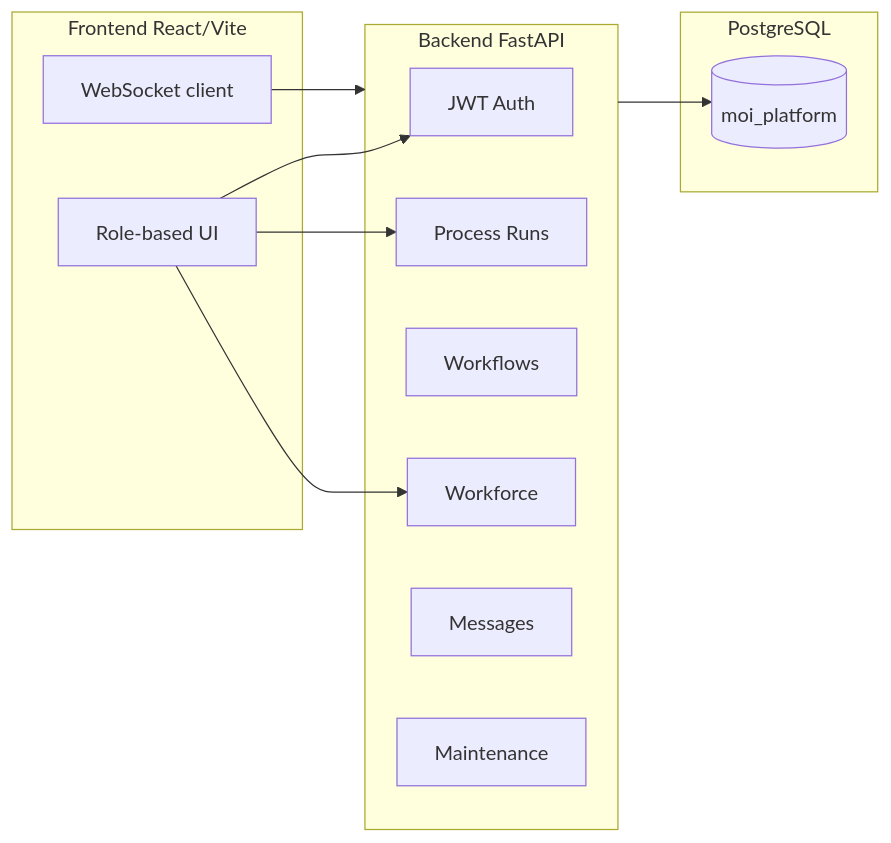
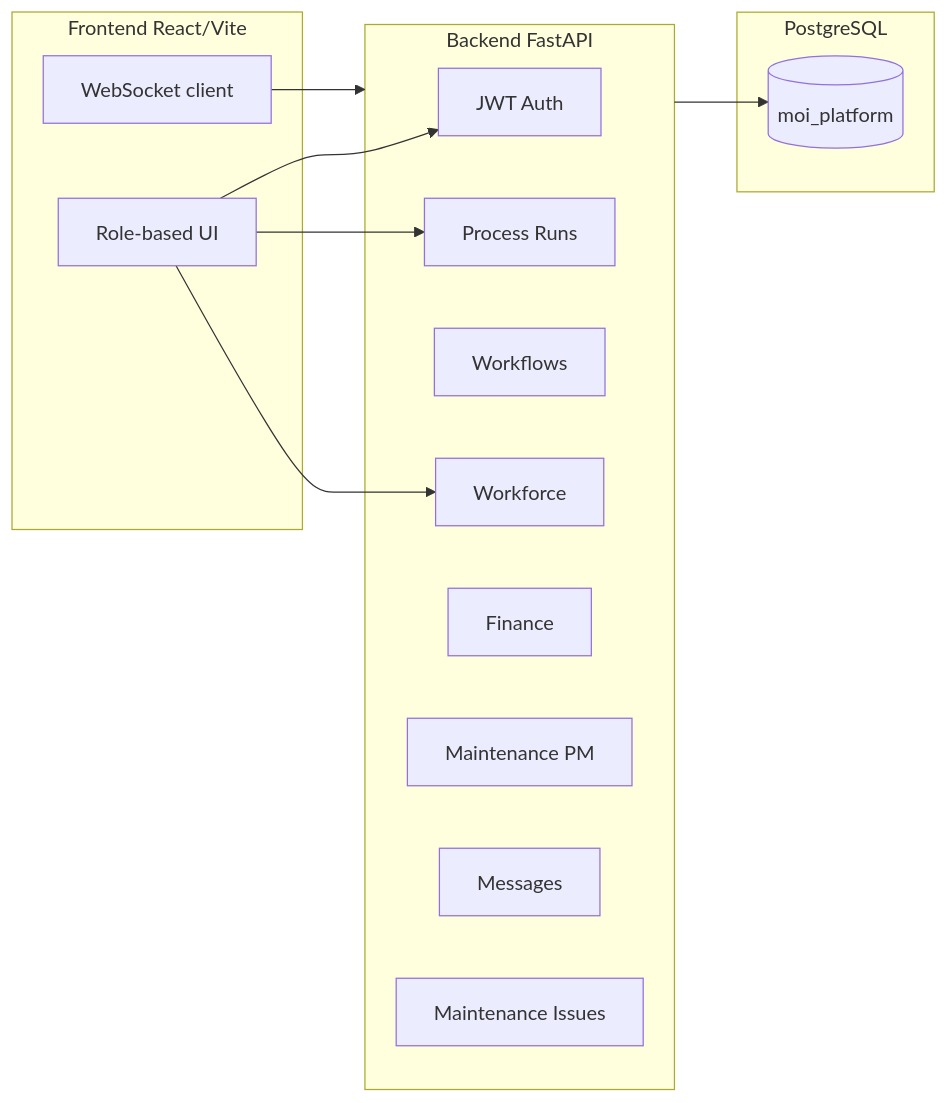
Before and after one commit to srinix18/Steel-plant-logs-manager: the diagram in README.md, drawn with Mermaid. The commit also changed other lines of this file, not shown here.

````diff
--- a/README.md
+++ b/README.md
@@ -31,23 +36,25 @@
 ```mermaid
 flowchart LR
   subgraph client [Frontend React/Vite]
     UI[Role-based UI]
     WS[WebSocket client]
   end
   subgraph api [Backend FastAPI]
     Auth[JWT Auth]
     Runs[Process Runs]
     WF[Workflows]
     WFm[Workforce]
+    Fin[Finance]
+    PM[Maintenance PM]
     Msg[Messages]
-    Maint[Maintenance]
+    Maint[Maintenance Issues]
   end
   subgraph data [PostgreSQL]
     DB[(moi_platform)]
   end
   UI --> Auth
   UI --> Runs
   UI --> WFm
   WS --> api
   api --> DB
 ```
````
